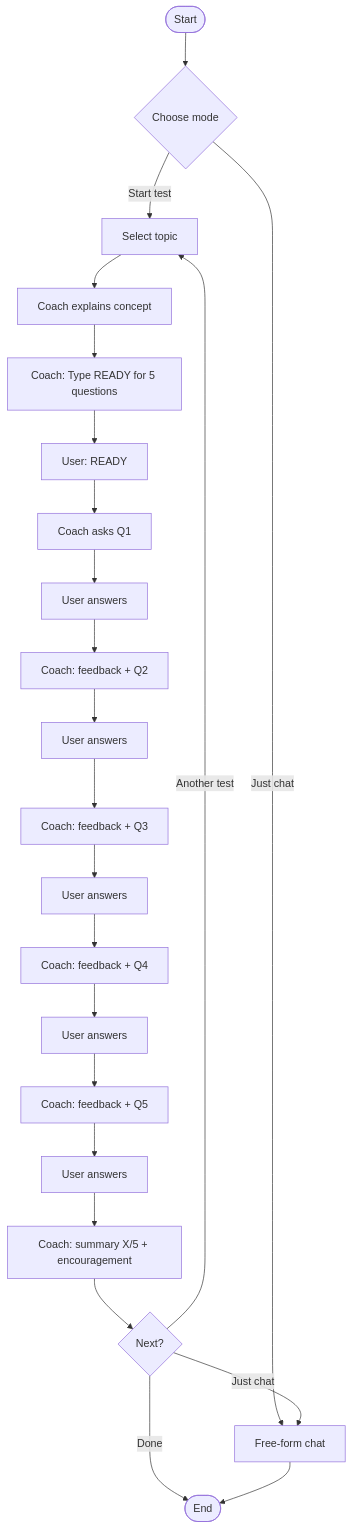
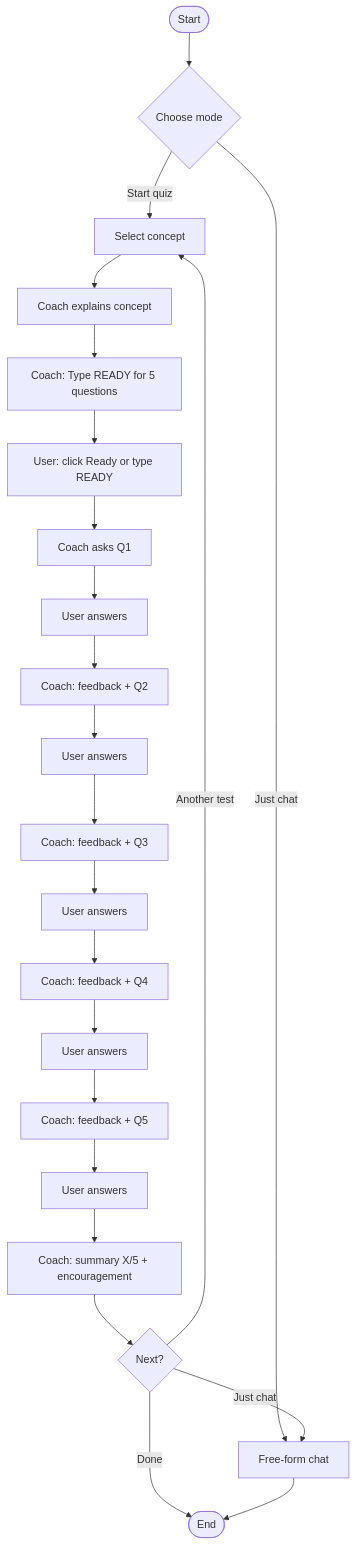
The first of 3 diagrams in openai/math-olympiad-mentor/docs/architecture-and-flow.md (shrikant-nangare/mcp-learning), drawn with Mermaid before and after one commit. The commit also changed other lines of this file and 20 other files, not shown here.

````diff
--- a/openai/math-olympiad-mentor/docs/architecture-and-flow.md
+++ b/openai/math-olympiad-mentor/docs/architecture-and-flow.md
@@ -158,25 +158,25 @@
 ```mermaid
 flowchart TD
     A([Start]) --> B{Choose mode}
-    B -->|Start test| C[Select topic]
+    B -->|Start quiz| C[Select concept]
     B -->|Just chat| Z[Free-form chat]
     C --> D[Coach explains concept]
     D --> E[Coach: Type READY for 5 questions]
-    E --> F[User: READY]
+    E --> F[User: click Ready or type READY]
     F --> G[Coach asks Q1]
     G --> H[User answers]
     H --> I[Coach: feedback + Q2]
     I --> J[User answers]
     J --> K[Coach: feedback + Q3]
     K --> L[User answers]
     L --> M[Coach: feedback + Q4]
     M --> N[User answers]
     N --> O[Coach: feedback + Q5]
     O --> P[User answers]
     P --> Q[Coach: summary X/5 + encouragement]
     Q --> R{Next?}
     R -->|Another test| C
     R -->|Just chat| Z
     R -->|Done| S([End])
     Z --> S
 ```
````
